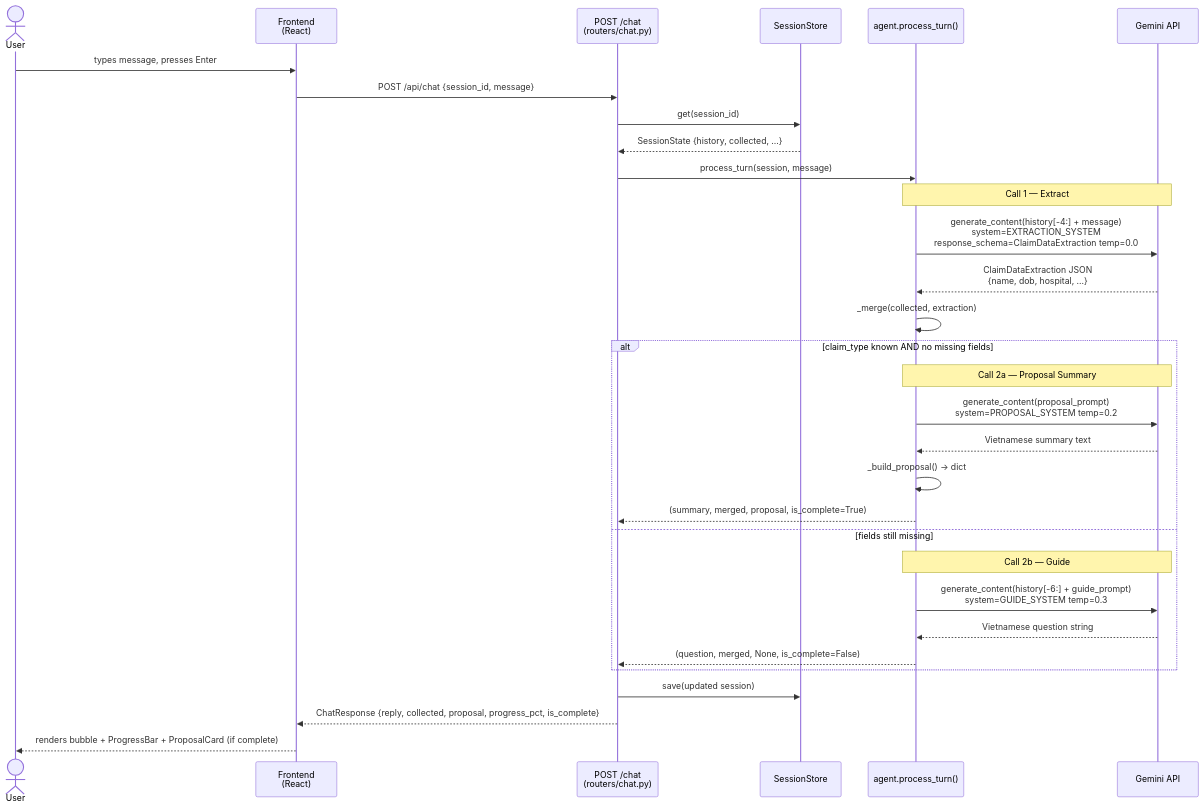
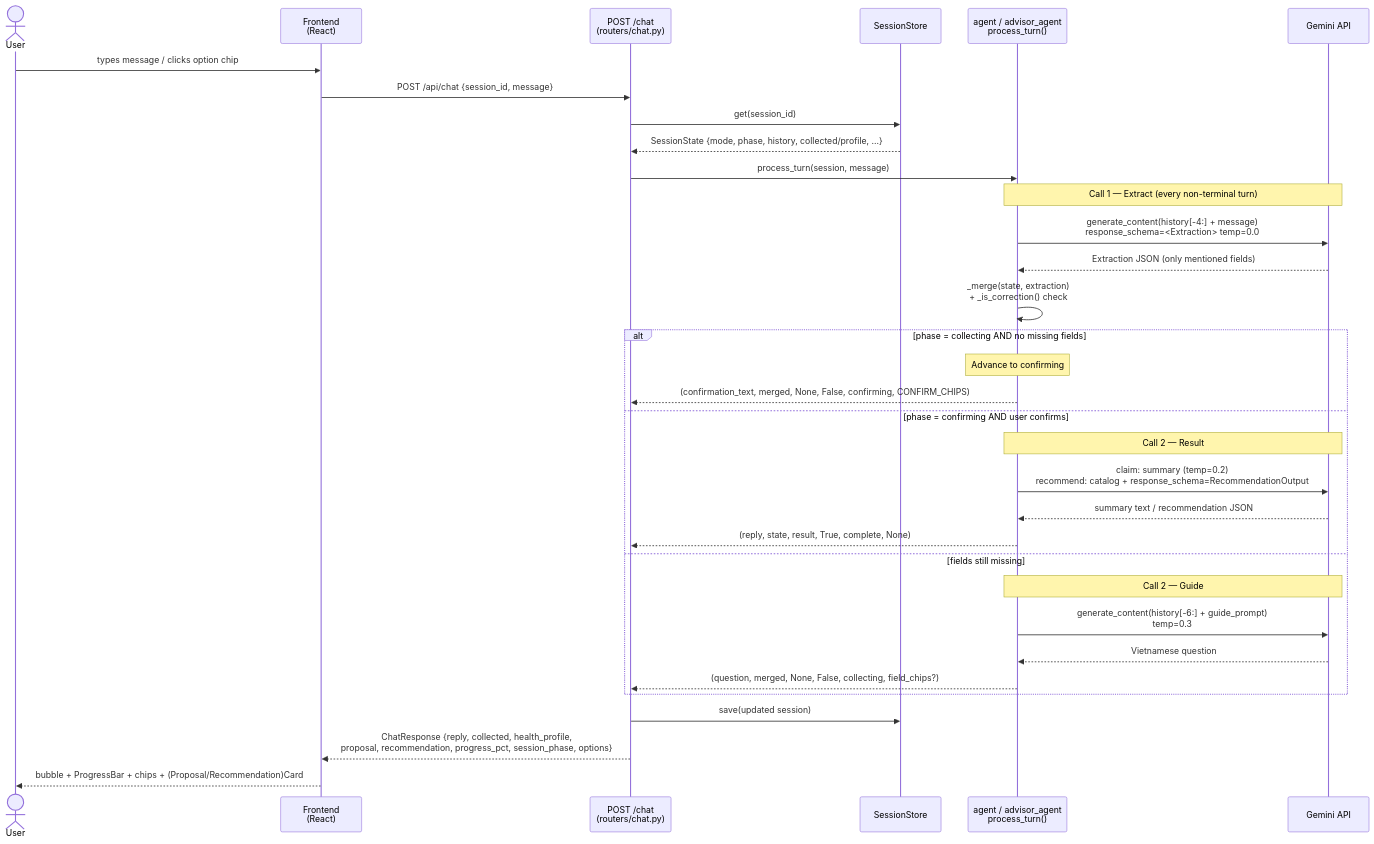
Before and after one commit to nguyenduy-math/agentichouse: the second of 6 diagrams in labs/healthcare-assistant/HLD.md, drawn with Mermaid. The commit also changed other lines of this file and 2 other files, not shown here.

````diff
--- a/labs/healthcare-assistant/HLD.md
+++ b/labs/healthcare-assistant/HLD.md
@@ -47,40 +71,42 @@
 ```mermaid
 sequenceDiagram
     actor User
     participant FE as Frontend<br/>(React)
     participant Chat as POST /chat<br/>(routers/chat.py)
     participant SS as SessionStore
-    participant Ag as agent.process_turn()
+    participant Ag as agent / advisor_agent<br/>process_turn()
     participant Gemini as Gemini API
 
-    User->>FE: types message, presses Enter
+    User->>FE: types message / clicks option chip
     FE->>Chat: POST /api/chat {session_id, message}
 
     Chat->>SS: get(session_id)
-    SS-->>Chat: SessionState {history, collected, ...}
+    SS-->>Chat: SessionState {mode, phase, history, collected/profile, ...}
 
     Chat->>Ag: process_turn(session, message)
 
-    Note over Ag,Gemini: Call 1 — Extract
-    Ag->>Gemini: generate_content(history[-4:] + message)<br/>system=EXTRACTION_SYSTEM<br/>response_schema=ClaimDataExtraction  temp=0.0
-    Gemini-->>Ag: ClaimDataExtraction JSON<br/>{name, dob, hospital, ...}
+    Note over Ag,Gemini: Call 1 — Extract (every non-terminal turn)
+    Ag->>Gemini: generate_content(history[-4:] + message)<br/>response_schema=<Extraction>  temp=0.0
+    Gemini-->>Ag: Extraction JSON (only mentioned fields)
 
-    Ag->>Ag: _merge(collected, extraction)
+    Ag->>Ag: _merge(state, extraction)<br/>+ _is_correction() check
 
-    alt claim_type known AND no missing fields
-        Note over Ag,Gemini: Call 2a — Proposal Summary
-        Ag->>Gemini: generate_content(proposal_prompt)<br/>system=PROPOSAL_SYSTEM  temp=0.2
-        Gemini-->>Ag: Vietnamese summary text
-        Ag->>Ag: _build_proposal() → dict
-        Ag-->>Chat: (summary, merged, proposal, is_complete=True)
+    alt phase = collecting AND no missing fields
+        Note over Ag: Advance to confirming
+        Ag-->>Chat: (confirmation_text, merged, None, False, confirming, CONFIRM_CHIPS)
+    else phase = confirming AND user confirms
+        Note over Ag,Gemini: Call 2 — Result
+        Ag->>Gemini: claim: summary (temp=0.2)<br/>recommend: catalog + response_schema=RecommendationOutput
+        Gemini-->>Ag: summary text / recommendation JSON
+        Ag-->>Chat: (reply, state, result, True, complete, None)
     else fields still missing
-        Note over Ag,Gemini: Call 2b — Guide
-        Ag->>Gemini: generate_content(history[-6:] + guide_prompt)<br/>system=GUIDE_SYSTEM  temp=0.3
-        Gemini-->>Ag: Vietnamese question string
-        Ag-->>Chat: (question, merged, None, is_complete=False)
+        Note over Ag,Gemini: Call 2 — Guide
+        Ag->>Gemini: generate_content(history[-6:] + guide_prompt)<br/>temp=0.3
+        Gemini-->>Ag: Vietnamese question
+        Ag-->>Chat: (question, merged, None, False, collecting, field_chips?)
     end
 
     Chat->>SS: save(updated session)
-    Chat-->>FE: ChatResponse {reply, collected, proposal, progress_pct, is_complete}
-    FE-->>User: renders bubble + ProgressBar + ProposalCard (if complete)
+    Chat-->>FE: ChatResponse {reply, collected, health_profile,<br/>proposal, recommendation, progress_pct, session_phase, options}
+    FE-->>User: bubble + ProgressBar + chips + (Proposal/Recommendation)Card
 ```
````
